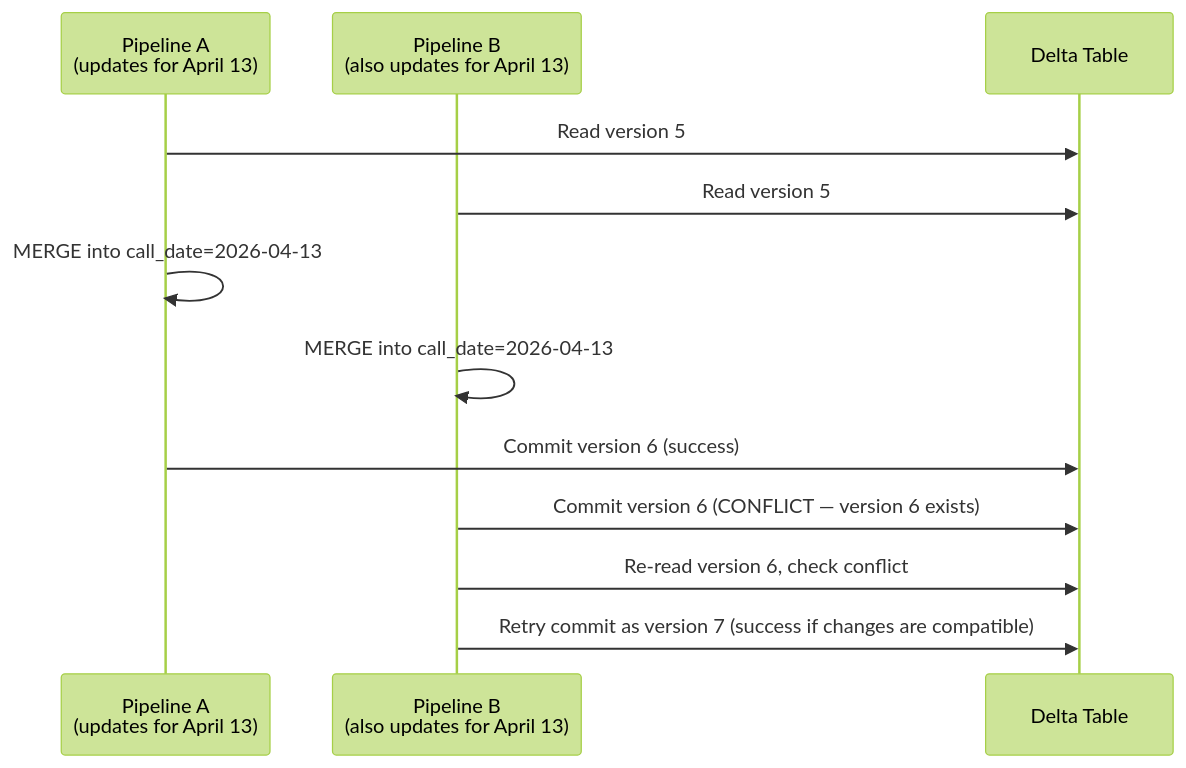
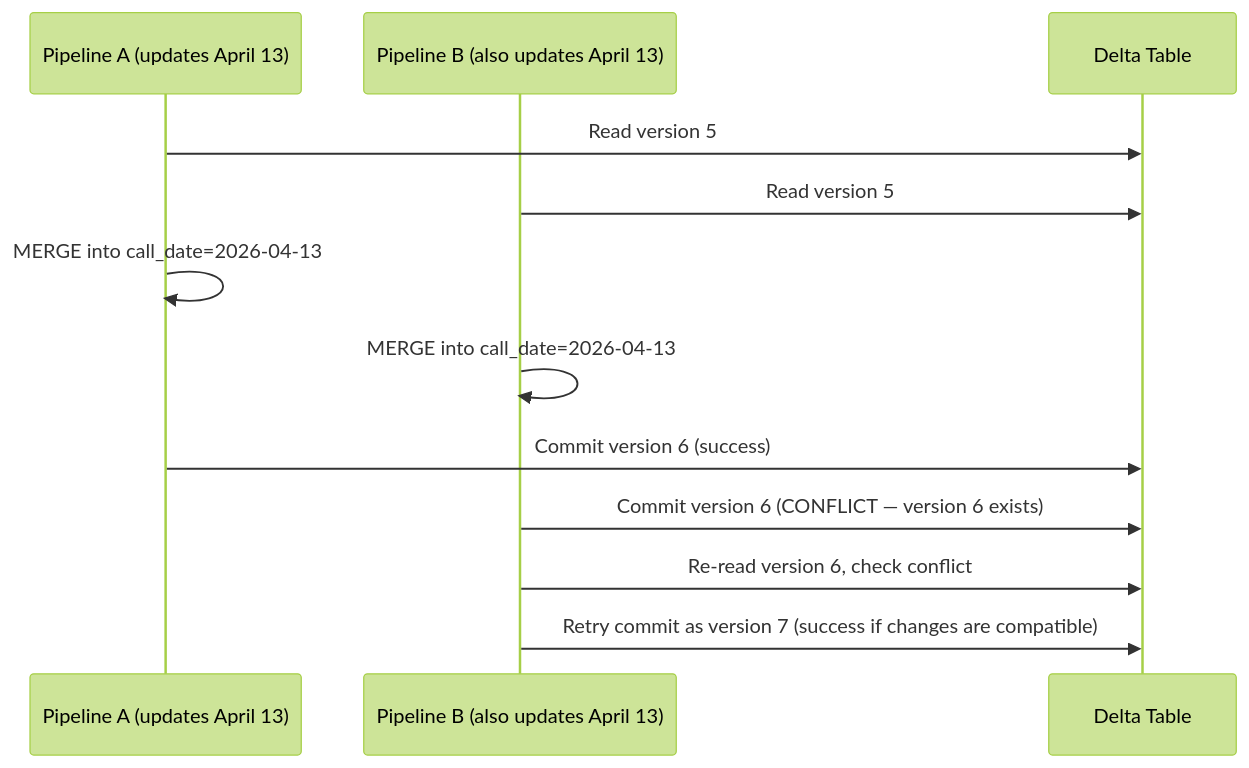
Before and after one commit to sunilmogadati/systems-in-production: the third of 3 diagrams in playbooks/data/pipelines/lakehouse/06_Production_Patterns.md, drawn with Mermaid (forest theme). The commit also changed other lines of this file and 17 other files, not shown here.

First line of the commit message:
Add 3 new playbooks + CTL/TOC pattern — closes all gaps from client architecture

````diff
--- a/playbooks/data/pipelines/lakehouse/06_Production_Patterns.md
+++ b/playbooks/data/pipelines/lakehouse/06_Production_Patterns.md
@@ -106,15 +106,15 @@
 ```mermaid
 sequenceDiagram
-    participant PA as Pipeline A<br/>(updates for April 13)
-    participant PB as Pipeline B<br/>(also updates for April 13)
+    participant PA as Pipeline A (updates April 13)
+    participant PB as Pipeline B (also updates April 13)
     participant Delta as Delta Table
 
     PA->>Delta: Read version 5
     PB->>Delta: Read version 5
     PA->>PA: MERGE into call_date=2026-04-13
     PB->>PB: MERGE into call_date=2026-04-13
     PA->>Delta: Commit version 6 (success)
     PB->>Delta: Commit version 6 (CONFLICT — version 6 exists)
     PB->>Delta: Re-read version 6, check conflict
     PB->>Delta: Retry commit as version 7 (success if changes are compatible)
 ```
````
